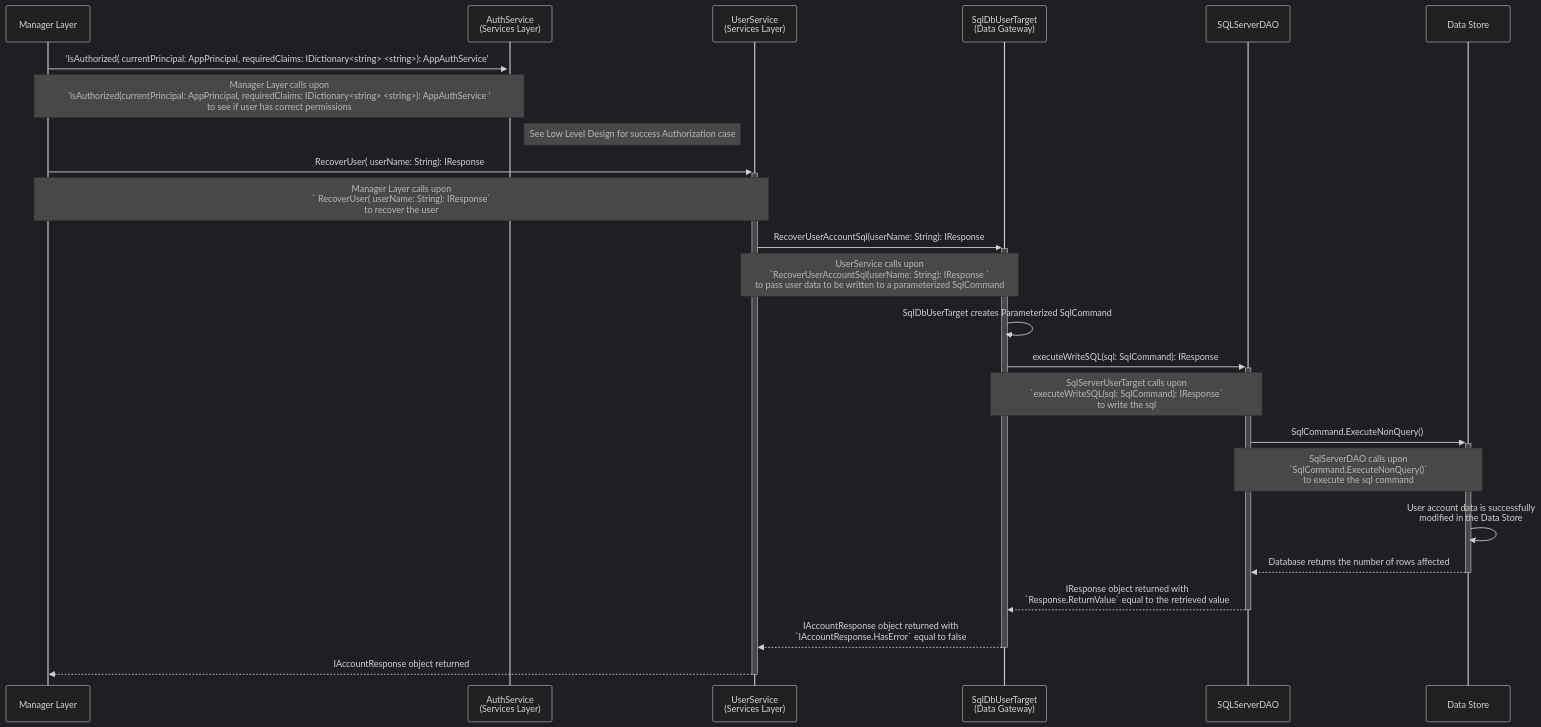
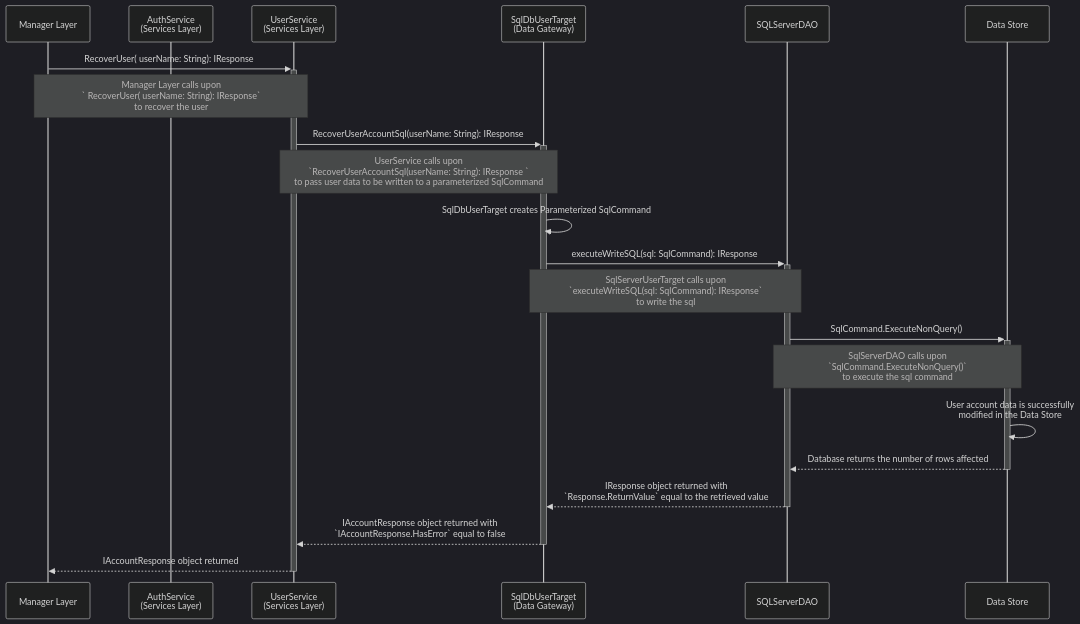
One commit to MNRainDrop/CECS-491A-Spec changed the diagram in Project Documents/Milestone 2/Low Level Design/User Administration Library/AccountRecovery/UserAdministrationLibrary_AccountRecovery_Success.mmd. Above: the diagram before and after it, drawn with Mermaid (dark theme). The commit also changed 12 other files, not shown here.

```diff
--- a/Project Documents/Milestone 2/Low Level Design/User Administration Library/AccountRecovery/UserAdministrationLibrary_AccountRecovery_Success.mmd
+++ b/Project Documents/Milestone 2/Low Level Design/User Administration Library/AccountRecovery/UserAdministrationLibrary_AccountRecovery_Success.mmd
@@ -1,44 +1,38 @@
 sequenceDiagram
 
 %% See BRD UA-2 for additional context
 
 participant ml as Manager Layer
 participant as as AuthService<br>(Services Layer)
 participant uc as UserService<br>(Services Layer)
 participant dg as SqlDbUserTarget<br>(Data Gateway)
 participant da as SQLServerDAO
 participant ds as Data Store
-
-
-ml->>+as: 'IsAuthorized( currentPrincipal: AppPrincipal, requiredClaims: IDictionary<string> <string>): AppAuthService'
-        Note over ml,as: Manager Layer calls upon<br>  'isAuthorized(currentPrincipal: AppPrincipal, requiredClaims: IDictionary<string> <string>): AppAuthService '<br>to see if user has correct permissions
-        Note right of as: See Low Level Design for success Authorization case
-
 
 ml->>+uc: RecoverUser( userName: String): IResponse
     Note over ml,uc: Manager Layer calls upon<br>` RecoverUser( userName: String): IResponse`<br>to recover the user
 
 %% UserService should check/ validate data passed through
 %% uc->>+uc: UserService checks to see if the `IResponse` object has errors or not
 
     %% Modify the user
     uc->>+dg: RecoverUserAccountSql(userName: String):  IResponse 
     Note over uc,dg: UserService calls upon<br>`RecoverUserAccountSql(userName: String): IResponse `<br>to pass user data to be written to a parameterized SqlCommand
 
     dg->>dg: SqlDbUserTarget creates Parameterized SqlCommand
 
     dg->>+da: executeWriteSQL(sql: SqlCommand): IResponse
     Note over dg,da: SqlServerUserTarget calls upon<br>`executeWriteSQL(sql: SqlCommand): IResponse`<br>to write the sql
 
     da->>+ds: SqlCommand.ExecuteNonQuery()
     Note over da,ds: SqlServerDAO calls upon<br>`SqlCommand.ExecuteNonQuery()`<br>to execute the sql command
 
     ds->>ds: User account data is successfully<br>modified in the Data Store
 
     ds-->>-da: Database returns the number of rows affected
 
     da-->>-dg: IResponse object returned with<br>`Response.ReturnValue` equal to the retrieved value
 
     dg-->>-uc: IAccountResponse object returned with<br>`IAccountResponse.HasError` equal to false
 
     uc-->>-ml: IAccountResponse object returned
```
